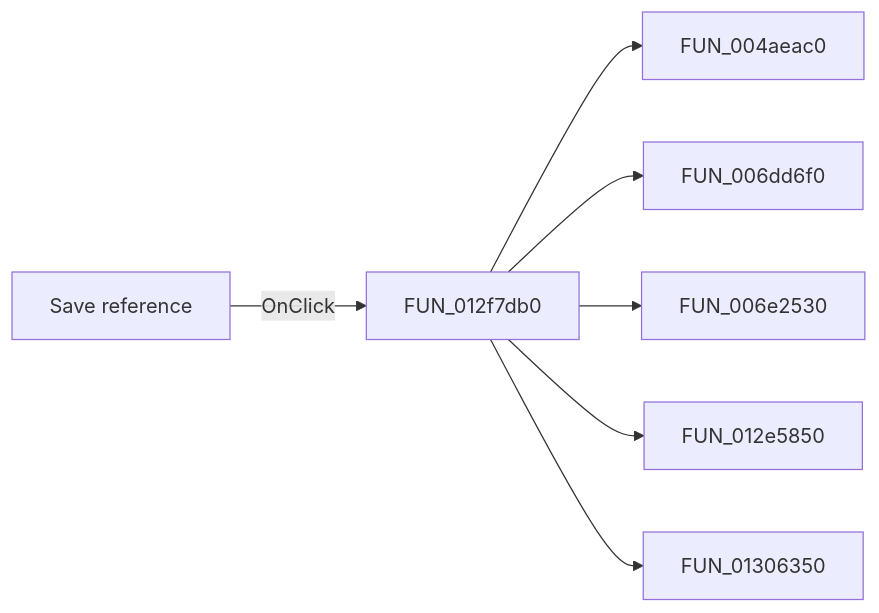
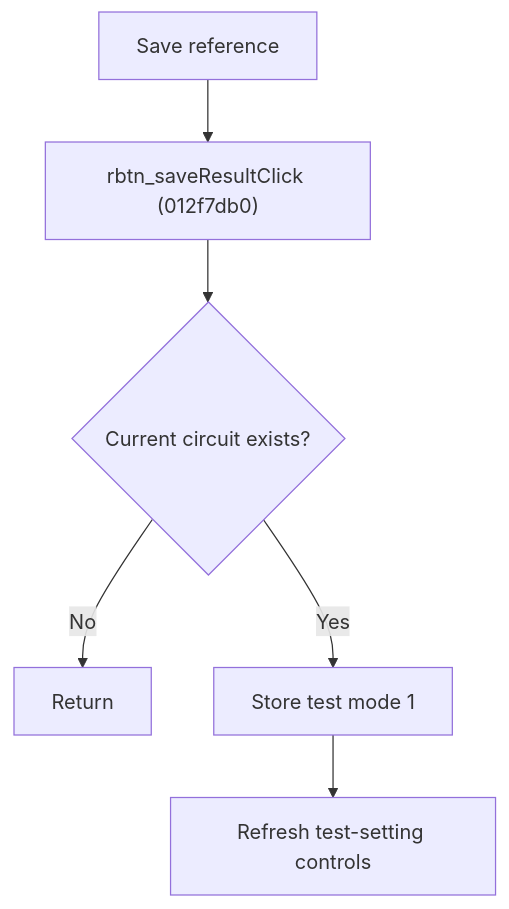
The diagram in docs/ui-controls/frmmodeltestbencheditor/rbtn-saveresult-4d7cd459f8.md (MovGP0/TIARA), drawn with Mermaid before and after one commit. The commit also changed other lines of this file and 387 other files, not shown here.

````diff
--- a/docs/ui-controls/frmmodeltestbencheditor/rbtn-saveresult-4d7cd459f8.md
+++ b/docs/ui-controls/frmmodeltestbencheditor/rbtn-saveresult-4d7cd459f8.md
@@ -27,9 +29,8 @@
 ```mermaid
-flowchart LR
-    control["Save reference"] -->|OnClick| handler["FUN_012f7db0"]
-    handler --> call1["FUN_004aeac0"]
-    handler --> call2["FUN_006dd6f0"]
-    handler --> call3["FUN_006e2530"]
-    handler --> call4["FUN_012e5850"]
-    handler --> call5["FUN_01306350"]
+flowchart TD
+    control["Save reference"] --> handler["rbtn_saveResultClick (012f7db0)"]
+    handler --> valid{"Current circuit exists?"}
+    valid -->|No| stop["Return"]
+    valid -->|Yes| mode["Store test mode 1"]
+    mode --> refresh["Refresh test-setting controls"]
 ```
````
